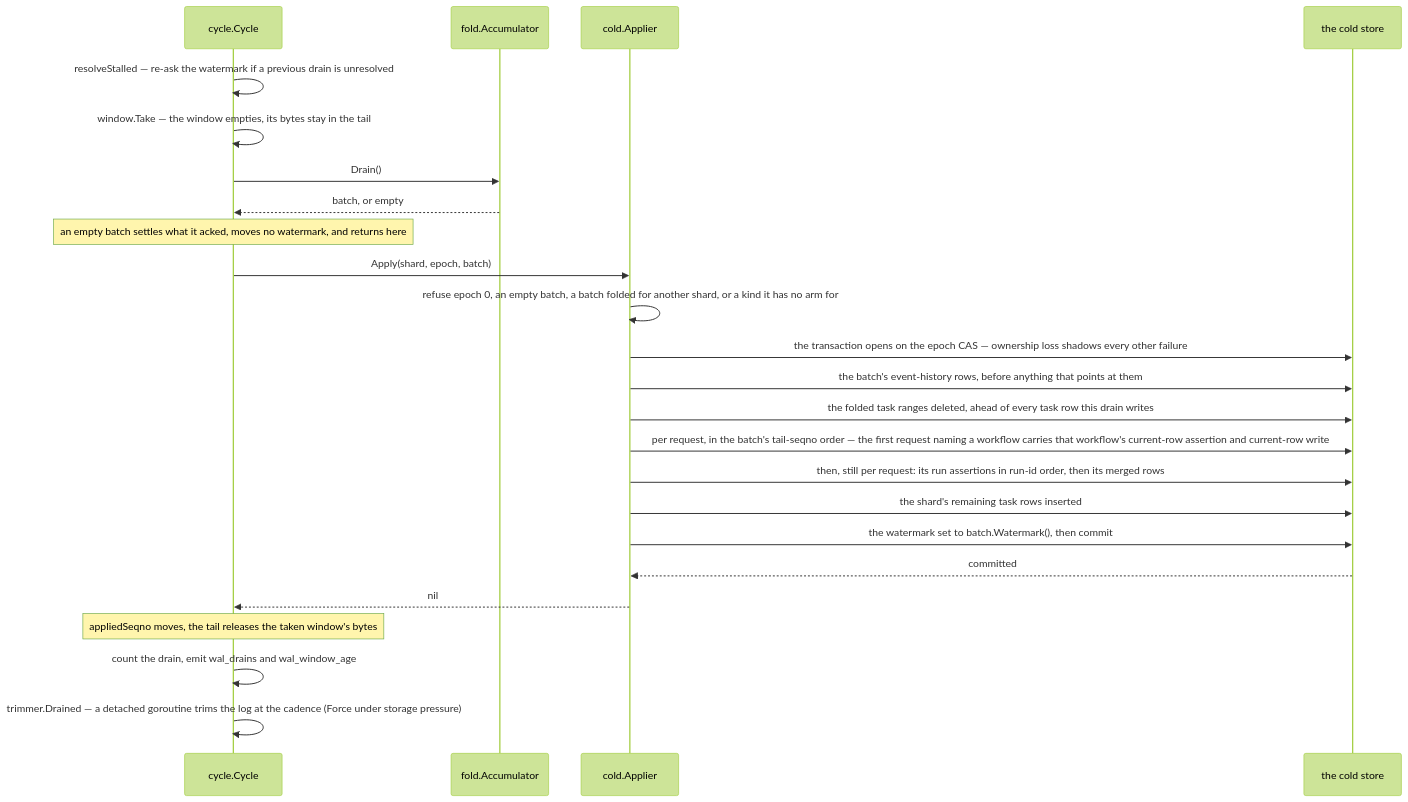
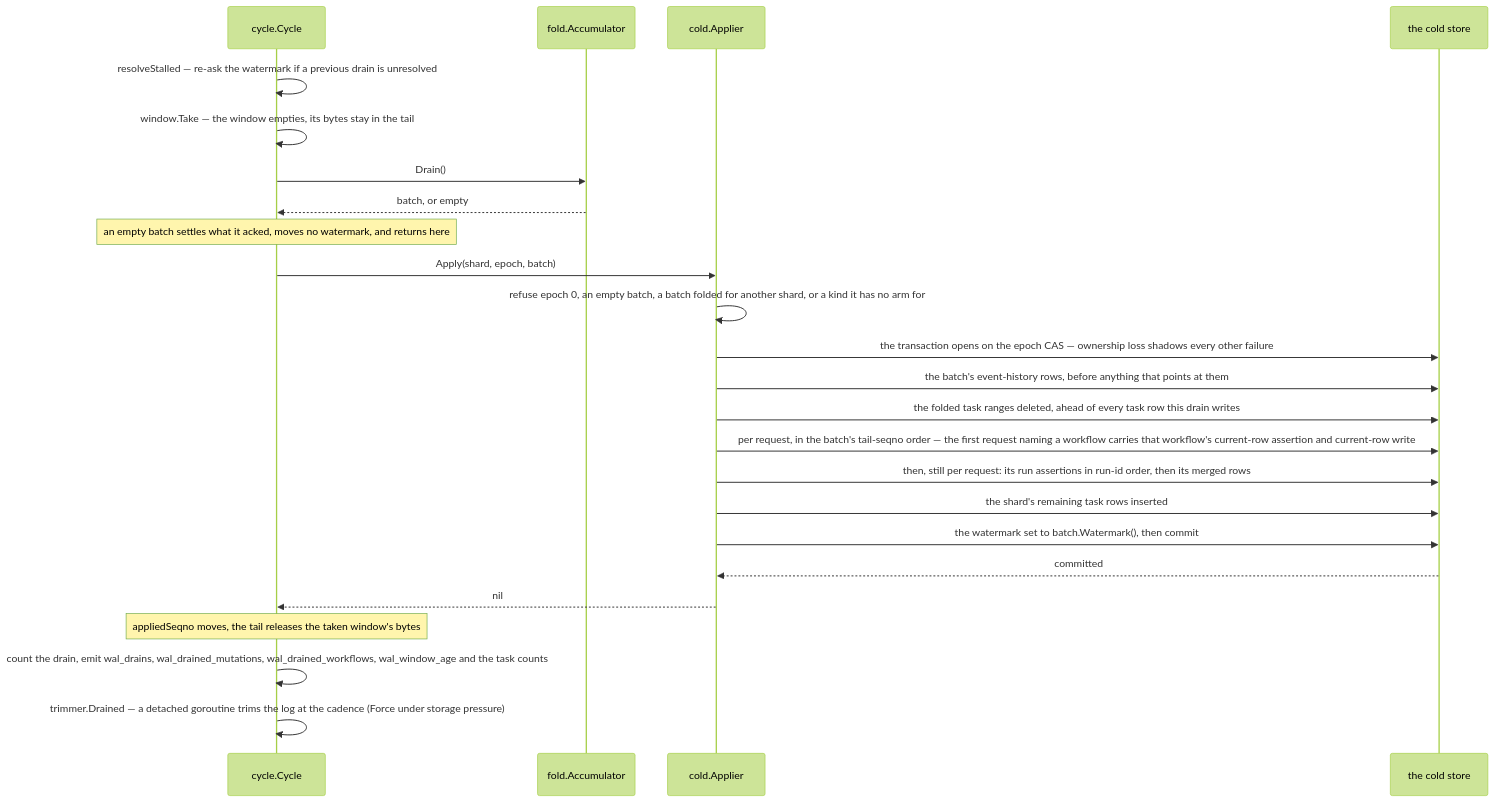
Before and after one commit to aromanovich/waltz: the third of 10 diagrams in docs/handbook/05-write-path.md, drawn with Mermaid (forest theme). The commit also changed other lines of this file and 29 other files, not shown here.

````diff
--- a/docs/handbook/05-write-path.md
+++ b/docs/handbook/05-write-path.md
@@ -183,27 +183,27 @@
 ```mermaid
 sequenceDiagram
   participant CY as cycle.Cycle
   participant ACC as fold.Accumulator
   participant AP as cold.Applier
   participant CS as the cold store
 
   CY->>CY: resolveStalled — re-ask the watermark if a previous drain is unresolved
   CY->>CY: window.Take — the window empties, its bytes stay in the tail
   CY->>ACC: Drain()
   ACC-->>CY: batch, or empty
   Note over CY: an empty batch settles what it acked, moves no watermark, and returns here
   CY->>AP: Apply(shard, epoch, batch)
   AP->>AP: refuse epoch 0, an empty batch, a batch folded for another shard, or a kind it has no arm for
   AP->>CS: the transaction opens on the epoch CAS — ownership loss shadows every other failure
   AP->>CS: the batch's event-history rows, before anything that points at them
   AP->>CS: the folded task ranges deleted, ahead of every task row this drain writes
   AP->>CS: per request, in the batch's tail-seqno order — the first request naming a workflow carries that workflow's current-row assertion and current-row write
   AP->>CS: then, still per request: its run assertions in run-id order, then its merged rows
   AP->>CS: the shard's remaining task rows inserted
   AP->>CS: the watermark set to batch.Watermark(), then commit
   CS-->>AP: committed
   AP-->>CY: nil
   Note over CY: appliedSeqno moves, the tail releases the taken window's bytes
-  CY->>CY: count the drain, emit wal_drains and wal_window_age
+  CY->>CY: count the drain, emit wal_drains, wal_drained_mutations, wal_drained_workflows, wal_window_age and the task counts
   CY->>CY: trimmer.Drained — a detached goroutine trims the log at the cadence (Force under storage pressure)
 ```
````
